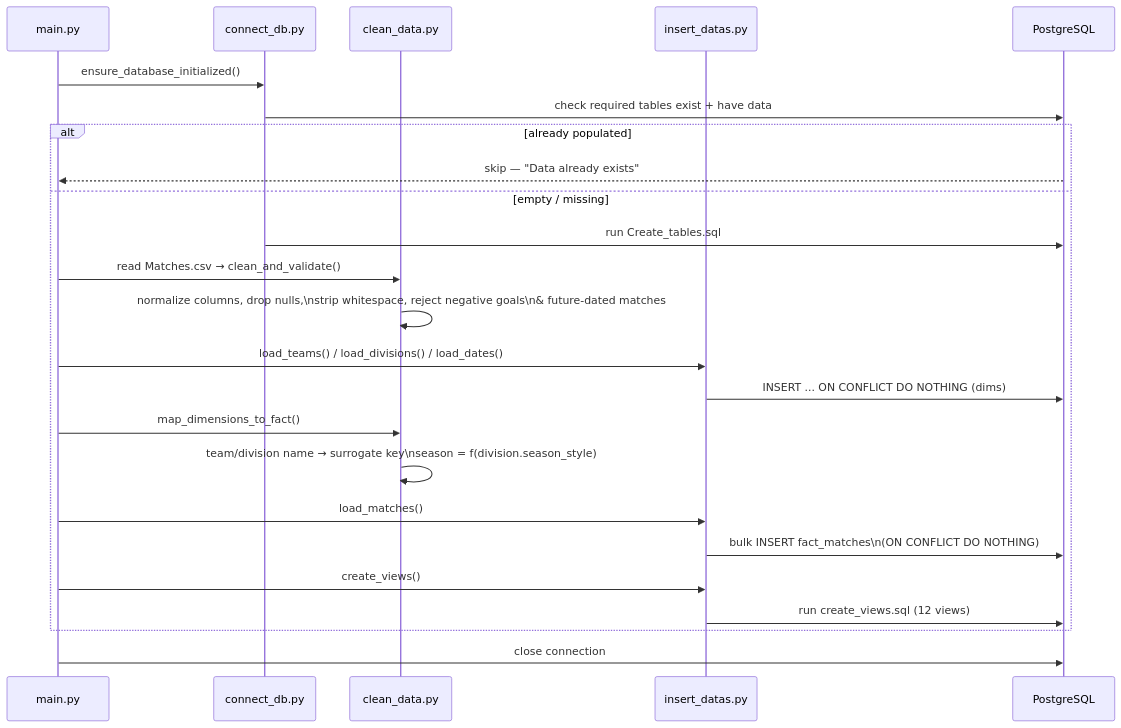
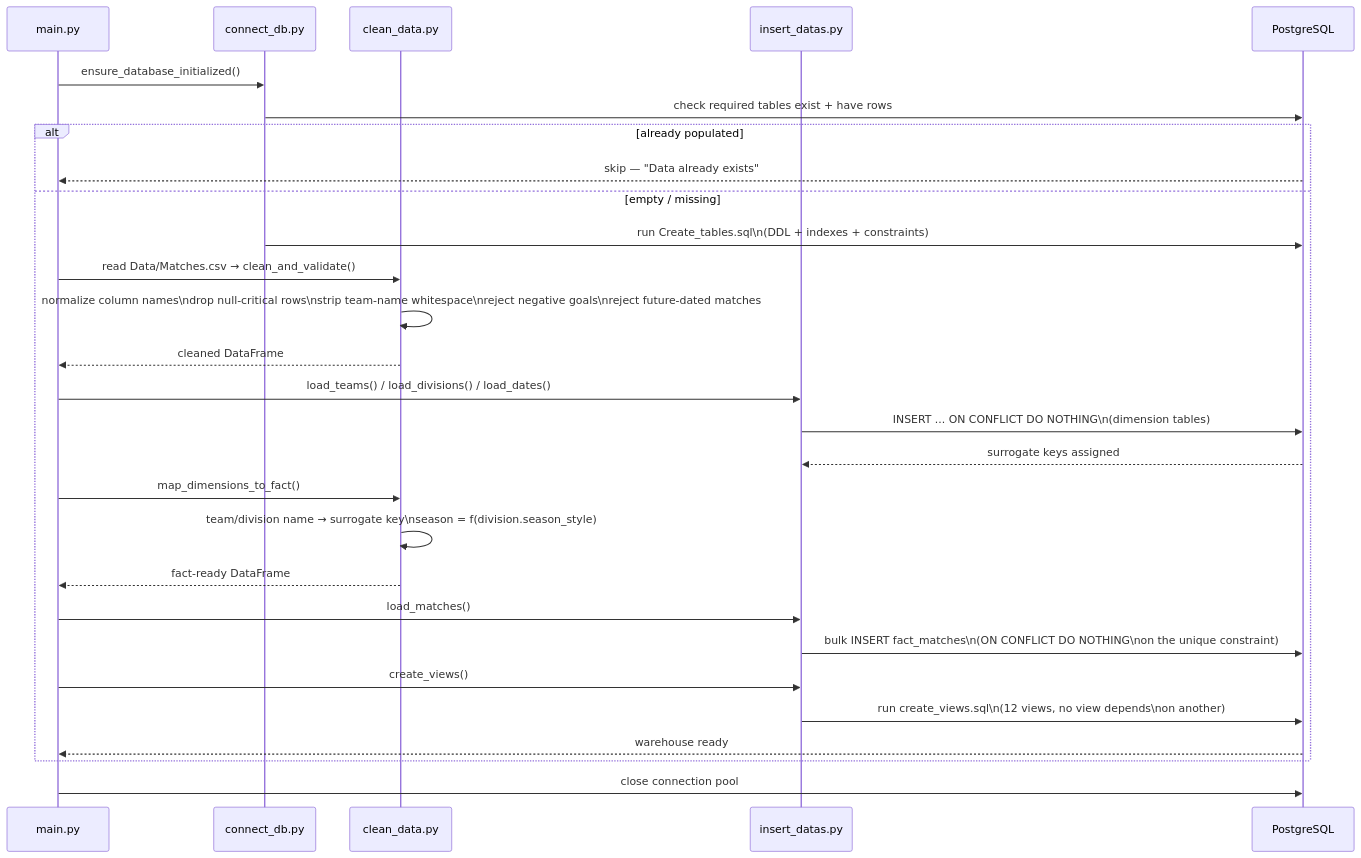
One commit to Debasish65368/Football-Analytics-Warehouse changed the third of 3 diagrams in README.md. Above: the diagram before and after it, drawn with Mermaid. The commit also changed other lines of this file, not shown here.

Commit message:
Update README with detailed ETL sequence and container architecture

````diff
--- a/README.md
+++ b/README.md
@@ -154,27 +176,31 @@
 ```mermaid
 sequenceDiagram
     participant Main as main.py
     participant DB as connect_db.py
     participant Clean as clean_data.py
     participant Load as insert_datas.py
     participant PG as PostgreSQL
 
     Main->>DB: ensure_database_initialized()
-    DB->>PG: check required tables exist + have data
+    DB->>PG: check required tables exist + have rows
     alt already populated
         PG-->>Main: skip — "Data already exists"
     else empty / missing
-        DB->>PG: run Create_tables.sql
-        Main->>Clean: read Matches.csv → clean_and_validate()
-        Clean->>Clean: normalize columns, drop nulls,\nstrip whitespace, reject negative goals\n& future-dated matches
+        DB->>PG: run Create_tables.sql\n(DDL + indexes + constraints)
+        Main->>Clean: read Data/Matches.csv → clean_and_validate()
+        Clean->>Clean: normalize column names\ndrop null-critical rows\nstrip team-name whitespace\nreject negative goals\nreject future-dated matches
+        Clean-->>Main: cleaned DataFrame
         Main->>Load: load_teams() / load_divisions() / load_dates()
-        Load->>PG: INSERT ... ON CONFLICT DO NOTHING (dims)
+        Load->>PG: INSERT ... ON CONFLICT DO NOTHING\n(dimension tables)
+        PG-->>Load: surrogate keys assigned
         Main->>Clean: map_dimensions_to_fact()
         Clean->>Clean: team/division name → surrogate key\nseason = f(division.season_style)
+        Clean-->>Main: fact-ready DataFrame
         Main->>Load: load_matches()
-        Load->>PG: bulk INSERT fact_matches\n(ON CONFLICT DO NOTHING)
+        Load->>PG: bulk INSERT fact_matches\n(ON CONFLICT DO NOTHING\non the unique constraint)
         Main->>Load: create_views()
-        Load->>PG: run create_views.sql (12 views)
+        Load->>PG: run create_views.sql\n(12 views, no view depends\non another)
+        PG-->>Main: warehouse ready
     end
-    Main->>PG: close connection
+    Main->>PG: close connection pool
 ```
````
